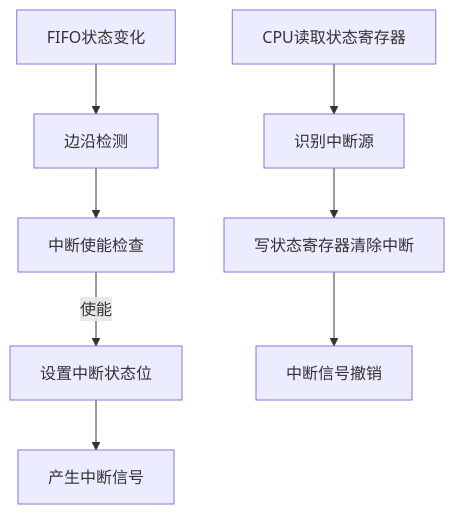
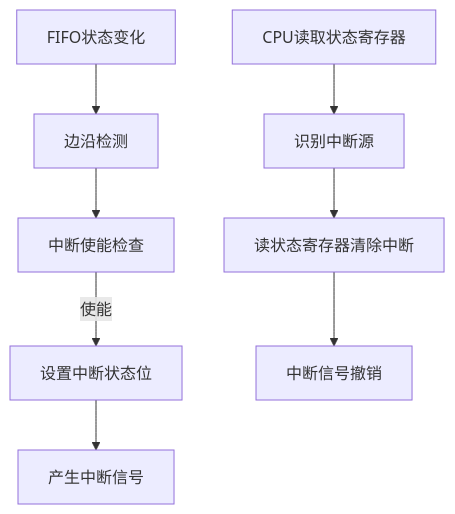
Before and after one commit to liuyuan-zzkkip/arinc-429-ip: the diagram in doc/寄存器说明.md, drawn with Mermaid. The commit also changed other lines of this file, not shown here.

````diff
--- a/doc/寄存器说明.md
+++ b/doc/寄存器说明.md
@@ -85,10 +85,10 @@
 ```mermaid
 graph TD
     A[FIFO状态变化] --> B[边沿检测]
     B --> C[中断使能检查]
     C -->|使能| D[设置中断状态位]
     D --> E[产生中断信号]
     F[CPU读取状态寄存器] --> G[识别中断源]
-    G --> H[写状态寄存器清除中断]
+    G --> H[读状态寄存器清除中断]
     H --> I[中断信号撤销]
 ```
````
